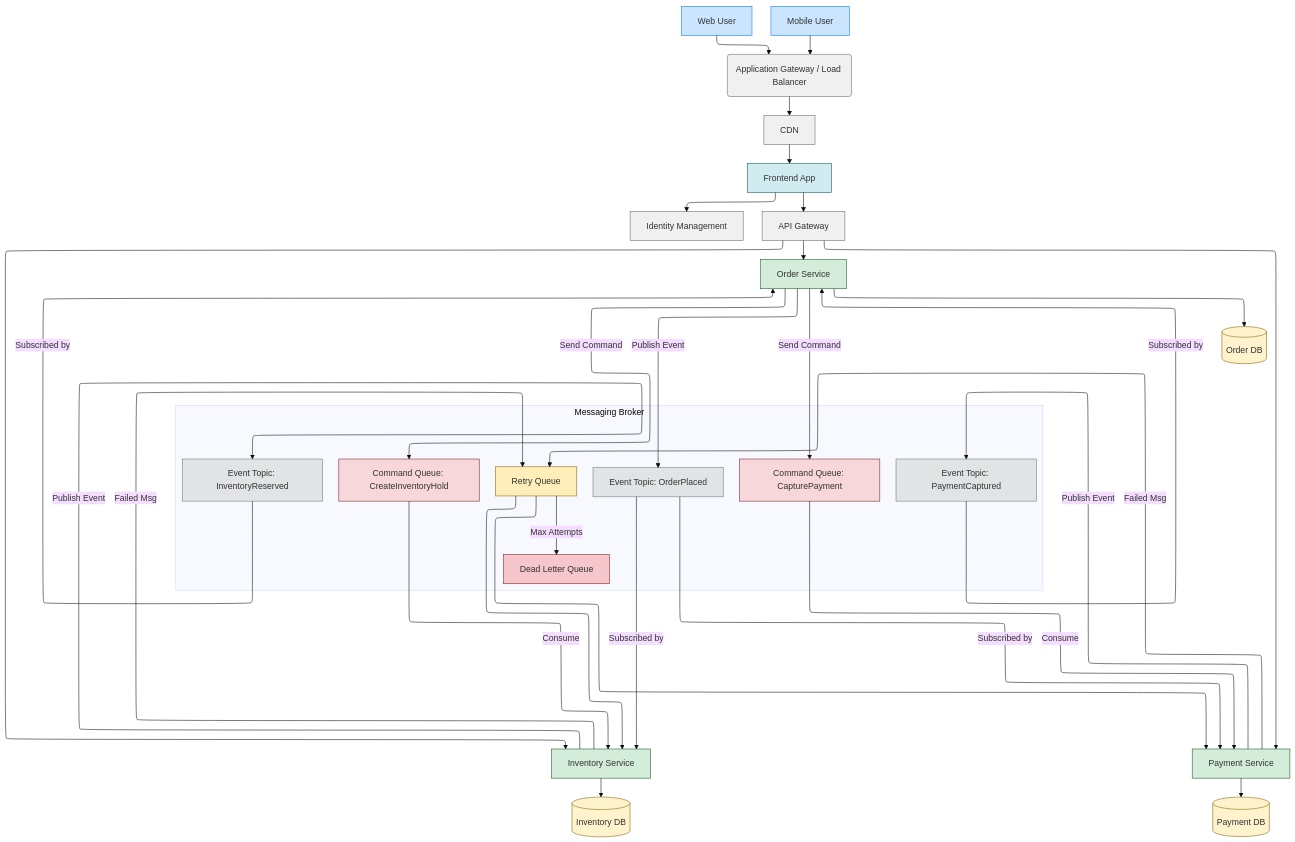
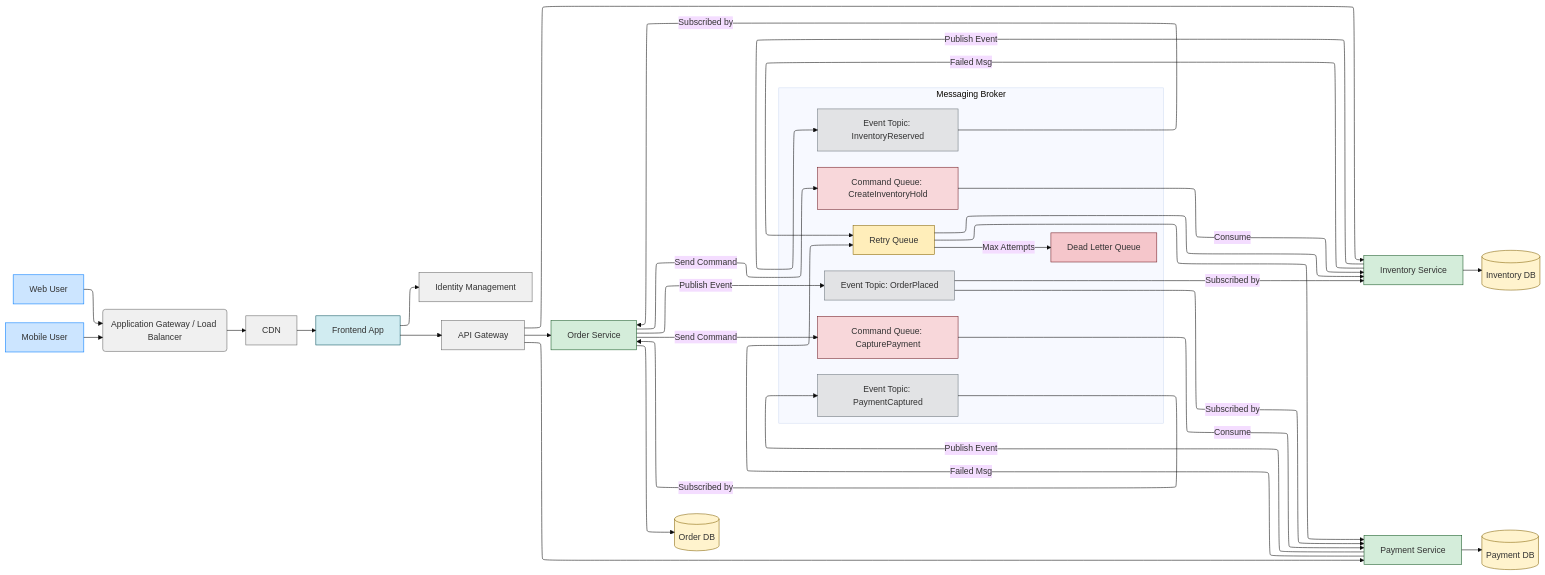
The diagram in diagram/ms-flow-message-broker.md (archtelligence/github-copilot-diagram), drawn with Mermaid before and after one commit.

Commit message:
Update flowchart direction in ms-flow-message-broker.md
Changed flowchart direction from TD to LR.

````diff
--- a/diagram/ms-flow-message-broker.md
+++ b/diagram/ms-flow-message-broker.md
@@ -3,75 +3,75 @@
 ```mermaid
 ---
 config:
   theme: base
   look: classic
   layout: elk
 ---
-flowchart TD
+flowchart LR
     %% User Access Layer
     A1[Web User]:::user --> A2(Application Gateway / Load Balancer):::infra
     B1[Mobile User]:::user --> A2
     A2 --> C1[CDN]:::infra
     C1 --> C2[Frontend App]:::frontend
     C2 --> D1[Identity Management]:::infra
     C2 --> D2[API Gateway]:::infra
 
     %% Microservices
     D2 --> OS[Order Service]:::service
     D2 --> IS[Inventory Service]:::service
     D2 --> PS[Payment Service]:::service
 
     %% Databases
     OS --> ODB[(Order DB)]:::db
     IS --> IDB[(Inventory DB)]:::db
     PS --> PDB[(Payment DB)]:::db
 
     %% Messaging Infrastructure
     subgraph Messaging Broker
         CMDQ1[Command Queue: CreateInventoryHold]:::command
         CMDQ2[Command Queue: CapturePayment]:::command
         EVTQ1[Event Topic: OrderPlaced]:::event
         EVTQ2[Event Topic: InventoryReserved]:::event
         EVTQ3[Event Topic: PaymentCaptured]:::event
         RETRYQ[Retry Queue]:::retry
         DLQ[Dead Letter Queue]:::dlq
     end
 
     %% Command Flow
     OS -- Send Command --> CMDQ1
     CMDQ1 -- Consume --> IS
 
     OS -- Send Command --> CMDQ2
     CMDQ2 -- Consume --> PS
 
     %% Event Flow
     OS -- Publish Event --> EVTQ1
     IS -- Publish Event --> EVTQ2
     PS -- Publish Event --> EVTQ3
 
     %% Subscriptions
     EVTQ1 -- Subscribed by --> IS
     EVTQ1 -- Subscribed by --> PS
     EVTQ2 -- Subscribed by --> OS
     EVTQ3 -- Subscribed by --> OS
 
     %% Retry and DLQ Handling
     IS -- Failed Msg --> RETRYQ
     RETRYQ --> IS
 
     PS -- Failed Msg --> RETRYQ
     RETRYQ --> PS
 
     RETRYQ -- Max Attempts --> DLQ
 
     %% Styles
     classDef user fill:#cce5ff,stroke:#007bff,stroke-width:1px;
     classDef frontend fill:#d1ecf1,stroke:#0c5460,stroke-width:1px;
     classDef service fill:#d4edda,stroke:#155724,stroke-width:1px;
     classDef db fill:#fff3cd,stroke:#856404,stroke-width:1px;
     classDef command fill:#f8d7da,stroke:#721c24,stroke-width:1px;
     classDef event fill:#e2e3e5,stroke:#6c757d,stroke-width:1px;
     classDef retry fill:#ffeeba,stroke:#856404,stroke-width:1px;
     classDef dlq fill:#f5c6cb,stroke:#721c24,stroke-width:1px;
     classDef infra fill:#f0f0f0,stroke:#666,stroke-width:1px;
 ```
````
